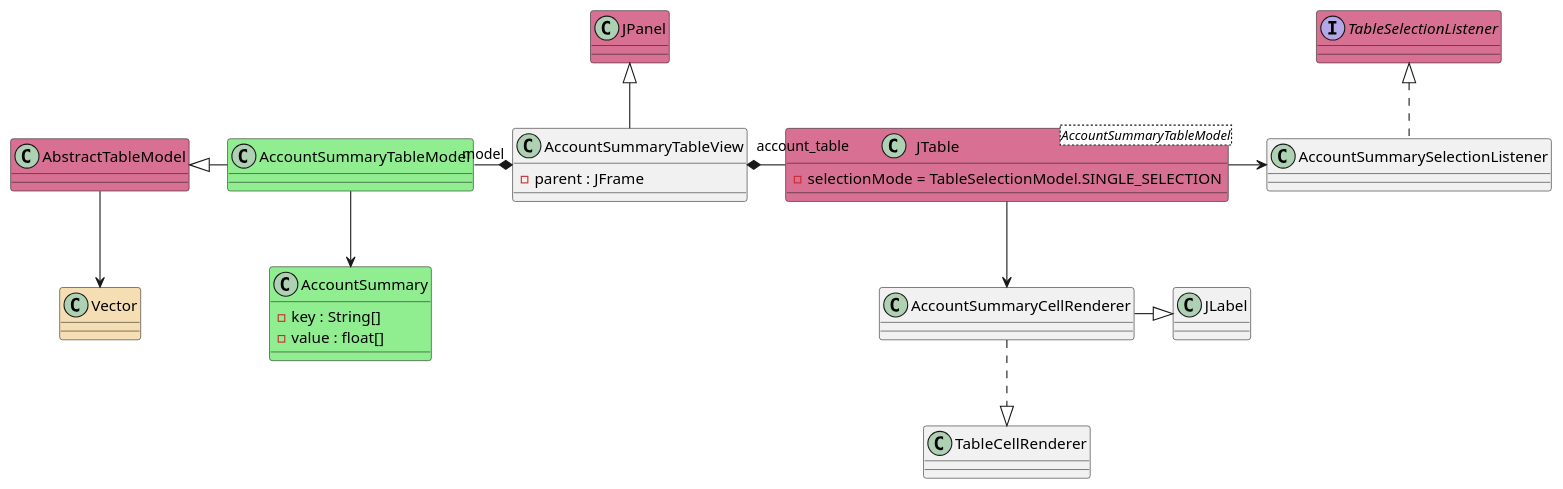
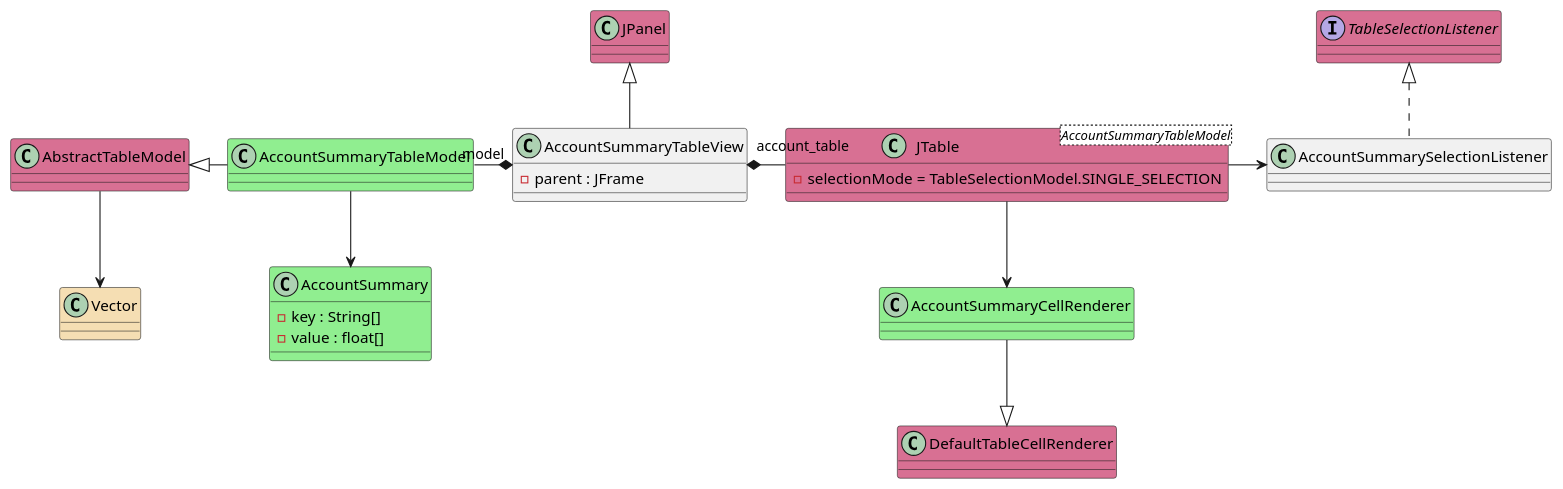
The diagram in docs/uml/accounts/account_class.puml (tp38/budget), drawn with PlantUML before and after one commit. The commit also changed 6 other files, not shown here.

Commit message:
classes AccountSummaryTable ...

```diff
--- a/docs/uml/accounts/account_class.puml
+++ b/docs/uml/accounts/account_class.puml
@@ -1,39 +1,42 @@
 @startuml 'classes account'
 
 class AbstractTableModel #PaleVioletRed 
 class JTable<AccountSummaryTableModel> #PaleVioletRed {
     - selectionMode = TableSelectionModel.SINGLE_SELECTION
 }
 class JPanel #PaleVioletRed 
 interface TableSelectionListener #PaleVioletRed
 
 class Vector #Wheat
 
 class AccountSummary #LightGreen {
     - key : String[]
     - value : float[]
 }
 
 class AccountSummaryTableModel #LightGreen
 
 class AccountSummaryTableView {
     - parent : JFrame
 }
 
 class AccountSummaryCellRenderer  
 
+class DefaultTableCellRenderer #PaleVioletRed
+
+class AccountSummaryCellRenderer #LightGreen
+
 AccountSummaryTableView -up-|> JPanel 
 
 AccountSummaryTableModel --> AccountSummary
 AbstractTableModel <|- AccountSummaryTableModel
 AbstractTableModel --> Vector
 AccountSummaryTableView "model" *-left- AccountSummaryTableModel
 AccountSummaryTableView "account_table" *- JTable
 JTable -> AccountSummarySelectionListener
 AccountSummarySelectionListener .up.|> TableSelectionListener
 JTable --> AccountSummaryCellRenderer
 
-AccountSummaryCellRenderer ..|> TableCellRenderer
-AccountSummaryCellRenderer -|> JLabel
+AccountSummaryCellRenderer --|> DefaultTableCellRenderer
 
 @enduml
```
